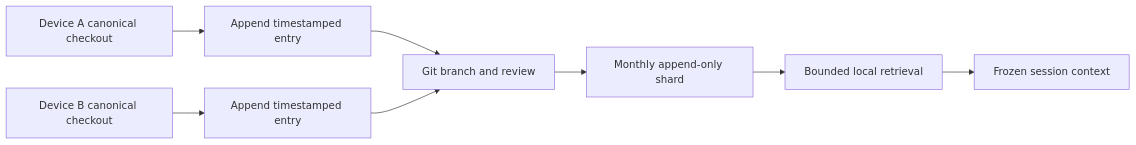
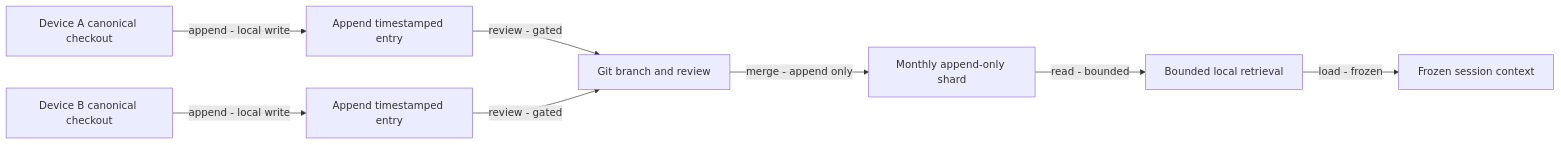
One commit to huijoohwee/agentic-canvas-os changed the diagram in docs/MEMORY-LOG.md. Above: the diagram before and after it, drawn with Mermaid. The commit also changed 5 other files, not shown here.

Commit message:
Adopt preserved canvas diagram documentation

````diff
--- a/docs/MEMORY-LOG.md
+++ b/docs/MEMORY-LOG.md
@@ -133,10 +133,10 @@
 ```mermaid
 flowchart LR
-  deviceA["Device A canonical checkout"] --> appendA["Append timestamped entry"]
-  deviceB["Device B canonical checkout"] --> appendB["Append timestamped entry"]
-  appendA --> git["Git branch and review"]
-  appendB --> git
-  git --> shard["Monthly append-only shard"]
-  shard --> retrieve["Bounded local retrieval"]
-  retrieve --> session["Frozen session context"]
+  deviceA["Device A canonical checkout"] -->|"append - local write"| appendA["Append timestamped entry"]
+  deviceB["Device B canonical checkout"] -->|"append - local write"| appendB["Append timestamped entry"]
+  appendA -->|"review - gated"| git["Git branch and review"]
+  appendB -->|"review - gated"| git
+  git -->|"merge - append only"| shard["Monthly append-only shard"]
+  shard -->|"read - bounded"| retrieve["Bounded local retrieval"]
+  retrieve -->|"load - frozen"| session["Frozen session context"]
 ```
````
